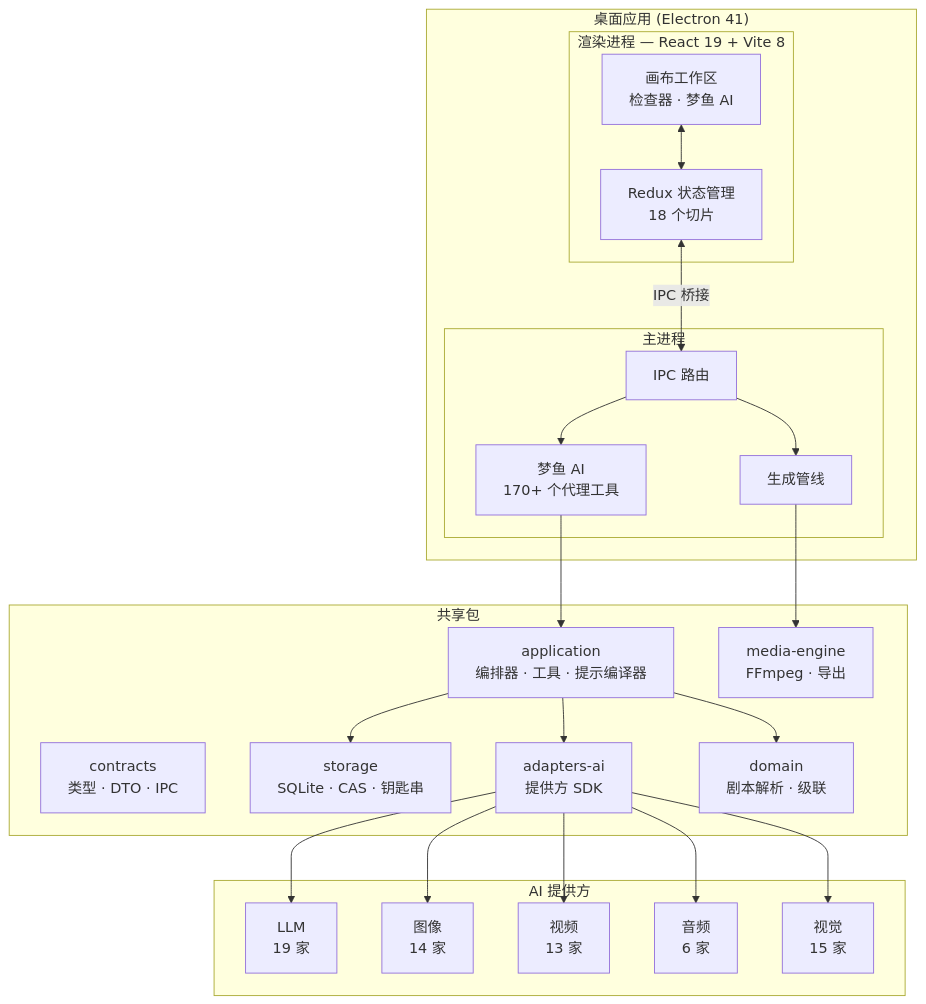
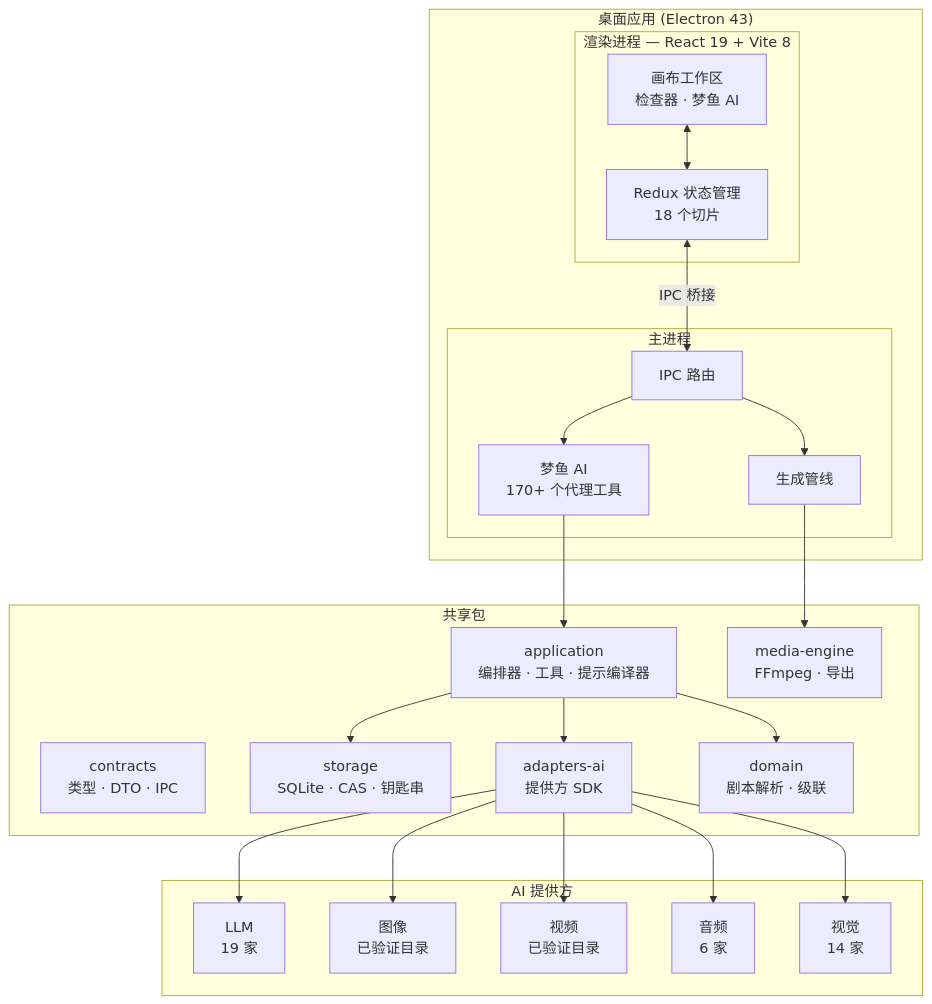
The diagram in README.zh-CN.md (NAinfini/Inifni-Lucid-Fin), drawn with Mermaid before and after one commit. The commit also changed other lines of this file and 438 other files, not shown here.

````diff
--- a/README.zh-CN.md
+++ b/README.zh-CN.md
@@ -195,49 +199,49 @@
 ```mermaid
 graph TB
-    subgraph Desktop["桌面应用 (Electron 41)"]
+    subgraph Desktop["桌面应用 (Electron 43)"]
         subgraph Renderer["渲染进程 — React 19 + Vite 8"]
             UI["画布工作区<br/>检查器 &middot; 梦鱼 AI"]
             Store["Redux 状态管理<br/>18 个切片"]
         end
 
         subgraph Main["主进程"]
             IPC["IPC 路由"]
             Pipeline["生成管线"]
             Commander["梦鱼 AI<br/>170+ 个代理工具"]
         end
 
         UI <--> Store
         Store <-- "IPC 桥接" --> IPC
         IPC --> Pipeline
         IPC --> Commander
     end
 
     subgraph Packages["共享包"]
         Contracts["contracts<br/>类型 &middot; DTO &middot; IPC"]
         AppLayer["application<br/>编排器 &middot; 工具 &middot; 提示编译器"]
         Storage["storage<br/>SQLite &middot; CAS &middot; 钥匙串"]
         Adapters["adapters-ai<br/>提供方 SDK"]
         Domain["domain<br/>剧本解析 &middot; 级联"]
         Media["media-engine<br/>FFmpeg &middot; 导出"]
     end
 
     Commander --> AppLayer
     Pipeline --> Media
     AppLayer --> Storage
     AppLayer --> Adapters
     AppLayer --> Domain
 
     subgraph Providers["AI 提供方"]
         LLM["LLM<br/>19 家"]
-        IMG["图像<br/>14 家"]
-        VID["视频<br/>13 家"]
+        IMG["图像<br/>已验证目录"]
+        VID["视频<br/>已验证目录"]
         AUD["音频<br/>6 家"]
-        VIS["视觉<br/>15 家"]
+        VIS["视觉<br/>14 家"]
     end
 
     Adapters --> LLM
     Adapters --> IMG
     Adapters --> VID
     Adapters --> AUD
     Adapters --> VIS
 ```
````
